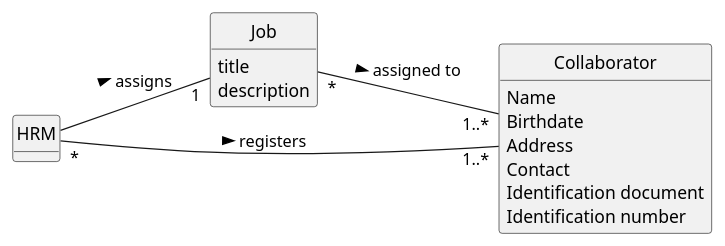
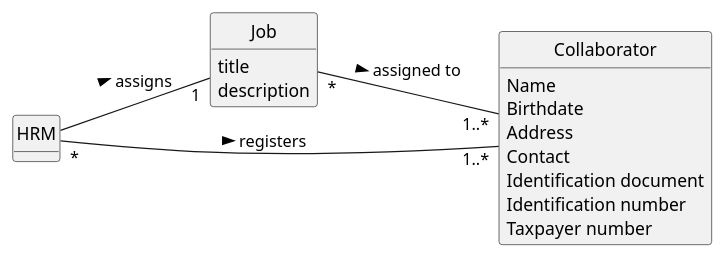
One commit to ricardomm7/leaflink changed the diagram in docs/sprintA/us003/02.analysis/puml/us003-domain-model.puml. Above: the diagram before and after it, drawn with PlantUML. The commit also changed 1 other file, not shown here.

```diff
--- a/docs/sprintA/us003/02.analysis/puml/us003-domain-model.puml
+++ b/docs/sprintA/us003/02.analysis/puml/us003-domain-model.puml
@@ -1,37 +1,38 @@
 @startuml
 skinparam monochrome true
 skinparam packageStyle rectangle
 skinparam shadowing false
 
 left to right direction
 
 skinparam classAttributeIconSize 0
 
 hide circle
 hide methods
 
 'title Domain Model
 
 class HRM {
 }
 
 class Job {
     title
     description
 }
 
 class Collaborator {
     Name
     Birthdate
     Address
     Contact
     Identification document
     Identification number
+    Taxpayer number
 }
 
 ' Relationships
 HRM "*" -- "1..*" Collaborator : registers >
 HRM -- "1" Job : assigns >
 Job "*" -- "1..*" Collaborator : assigned to >
 
 @enduml
```
